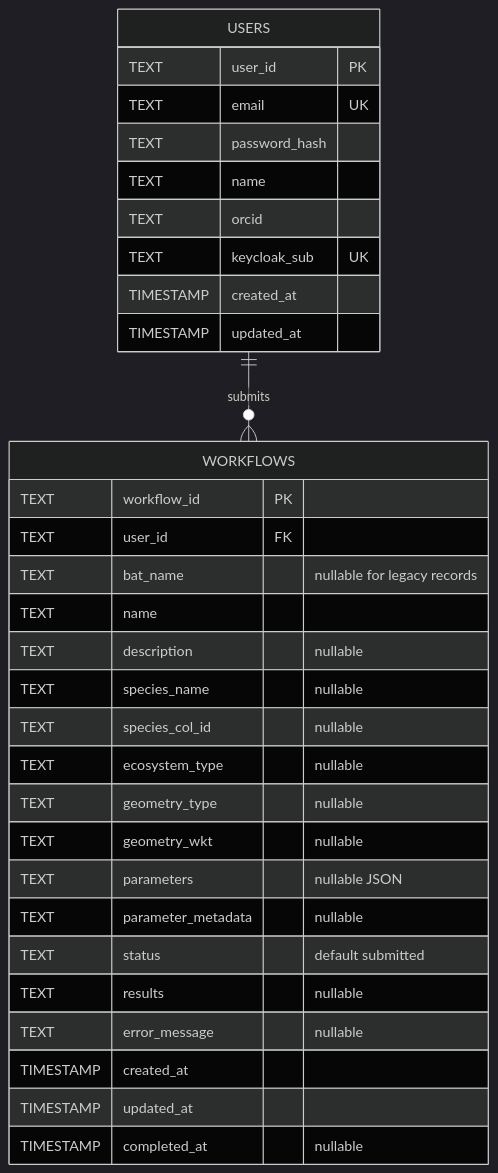
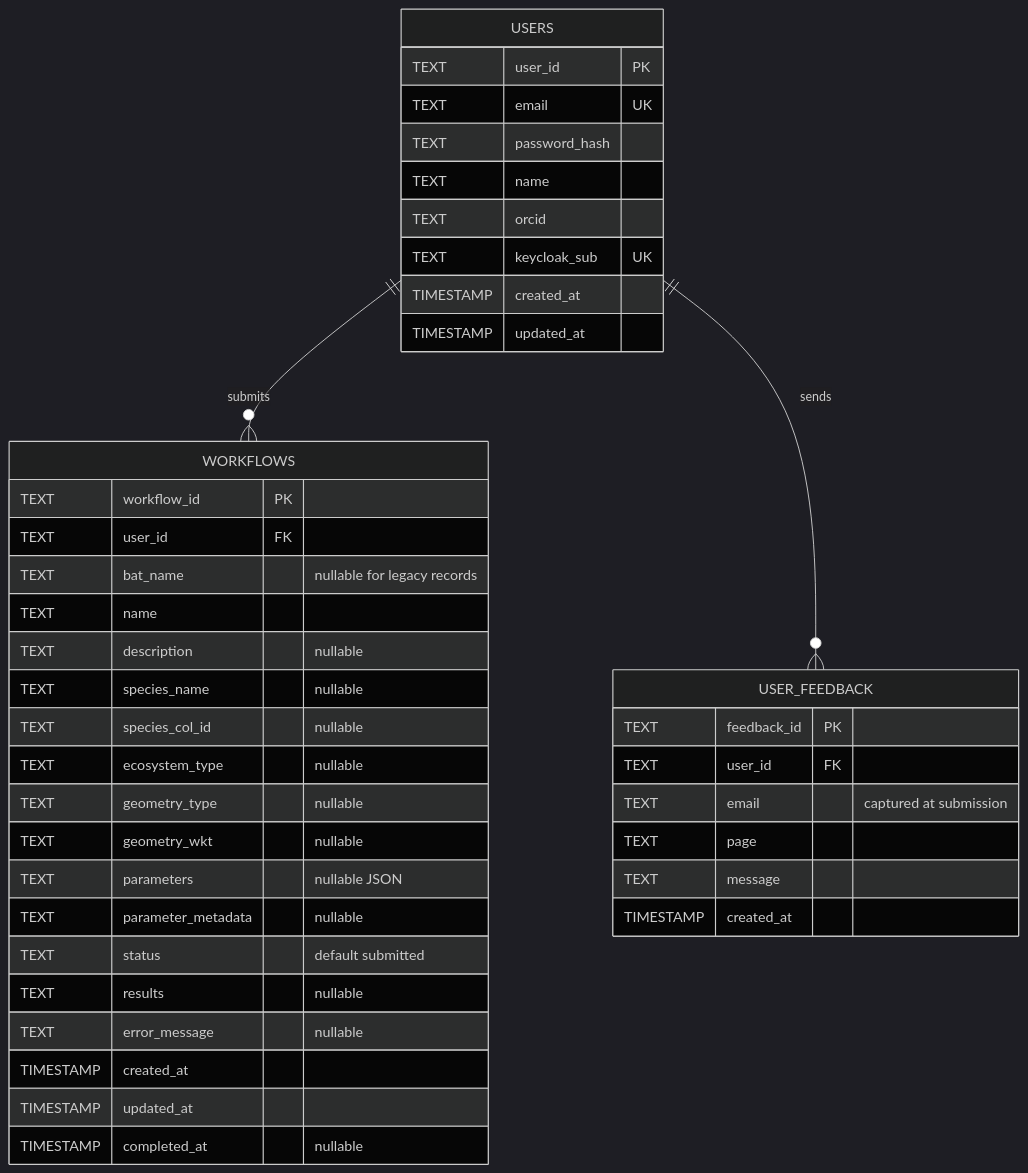
The diagram in README.md (Biodiversity-Meets-Data/bat-nicegui), drawn with Mermaid (dark theme) before and after one commit. The commit also changed other lines of this file and 5 other files, not shown here.

````diff
--- a/README.md
+++ b/README.md
@@ -225,36 +225,46 @@
 ```mermaid
 erDiagram
     USERS ||--o{ WORKFLOWS : submits
+    USERS ||--o{ USER_FEEDBACK : sends
 
     USERS {
         TEXT user_id PK
         TEXT email UK
         TEXT password_hash
         TEXT name
         TEXT orcid
         TEXT keycloak_sub UK
         TIMESTAMP created_at
         TIMESTAMP updated_at
     }
 
     WORKFLOWS {
         TEXT workflow_id PK
         TEXT user_id FK
         TEXT bat_name "nullable for legacy records"
         TEXT name
         TEXT description "nullable"
         TEXT species_name "nullable"
         TEXT species_col_id "nullable"
         TEXT ecosystem_type "nullable"
         TEXT geometry_type "nullable"
         TEXT geometry_wkt "nullable"
         TEXT parameters "nullable JSON"
         TEXT parameter_metadata "nullable"
         TEXT status "default submitted"
         TEXT results "nullable"
         TEXT error_message "nullable"
         TIMESTAMP created_at
         TIMESTAMP updated_at
         TIMESTAMP completed_at "nullable"
     }
+
+    USER_FEEDBACK {
+        TEXT feedback_id PK
+        TEXT user_id FK
+        TEXT email "captured at submission"
+        TEXT page
+        TEXT message
+        TIMESTAMP created_at
+    }
 ```
````
